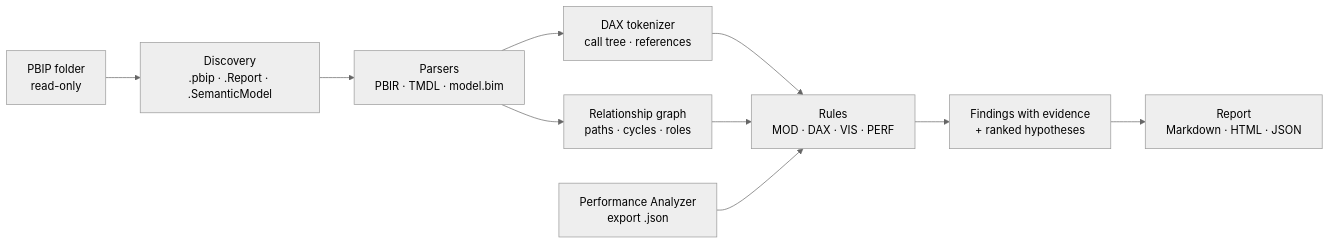
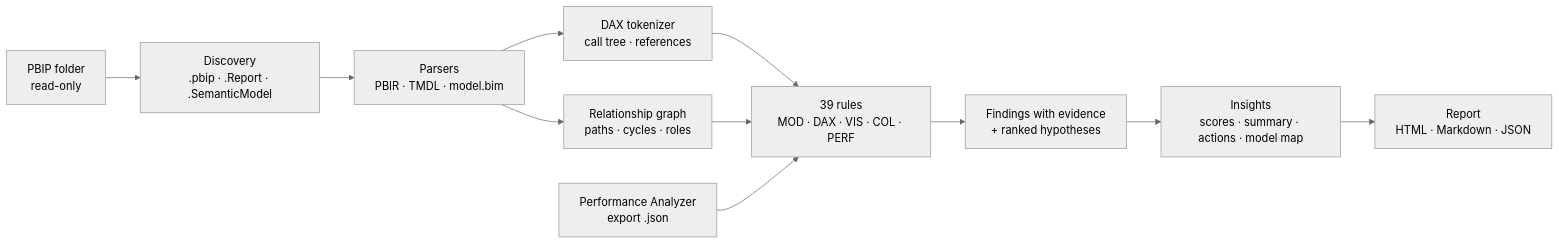
The second of 2 diagrams in README.md (ViniciusKanh/skill-powerbi-pbip-forensics), drawn with Mermaid (neutral theme) before and after one commit. The commit also changed other lines of this file and 65 other files, not shown here.

Commit message:
v1.0.0: insights report, model map, new rules (MOD010, DAX014, VIS008, COL001) and README tour

````diff
--- a/README.md
+++ b/README.md
@@ -130,12 +233,13 @@
 ```mermaid
 flowchart LR
     A[PBIP folder<br/>read-only] --> B[Discovery<br/>.pbip · .Report · .SemanticModel]
     B --> C[Parsers<br/>PBIR · TMDL · model.bim]
     C --> D[DAX tokenizer<br/>call tree · references]
     C --> E[Relationship graph<br/>paths · cycles · roles]
-    D --> F[Rules<br/>MOD · DAX · VIS · PERF]
+    D --> F[39 rules<br/>MOD · DAX · VIS · COL · PERF]
     E --> F
     G[Performance Analyzer<br/>export .json] --> F
     F --> H[Findings with evidence<br/>+ ranked hypotheses]
-    H --> I[Report<br/>Markdown · HTML · JSON]
+    H --> I[Insights<br/>scores · summary · actions · model map]
+    I --> J[Report<br/>HTML · Markdown · JSON]
 ```
````
